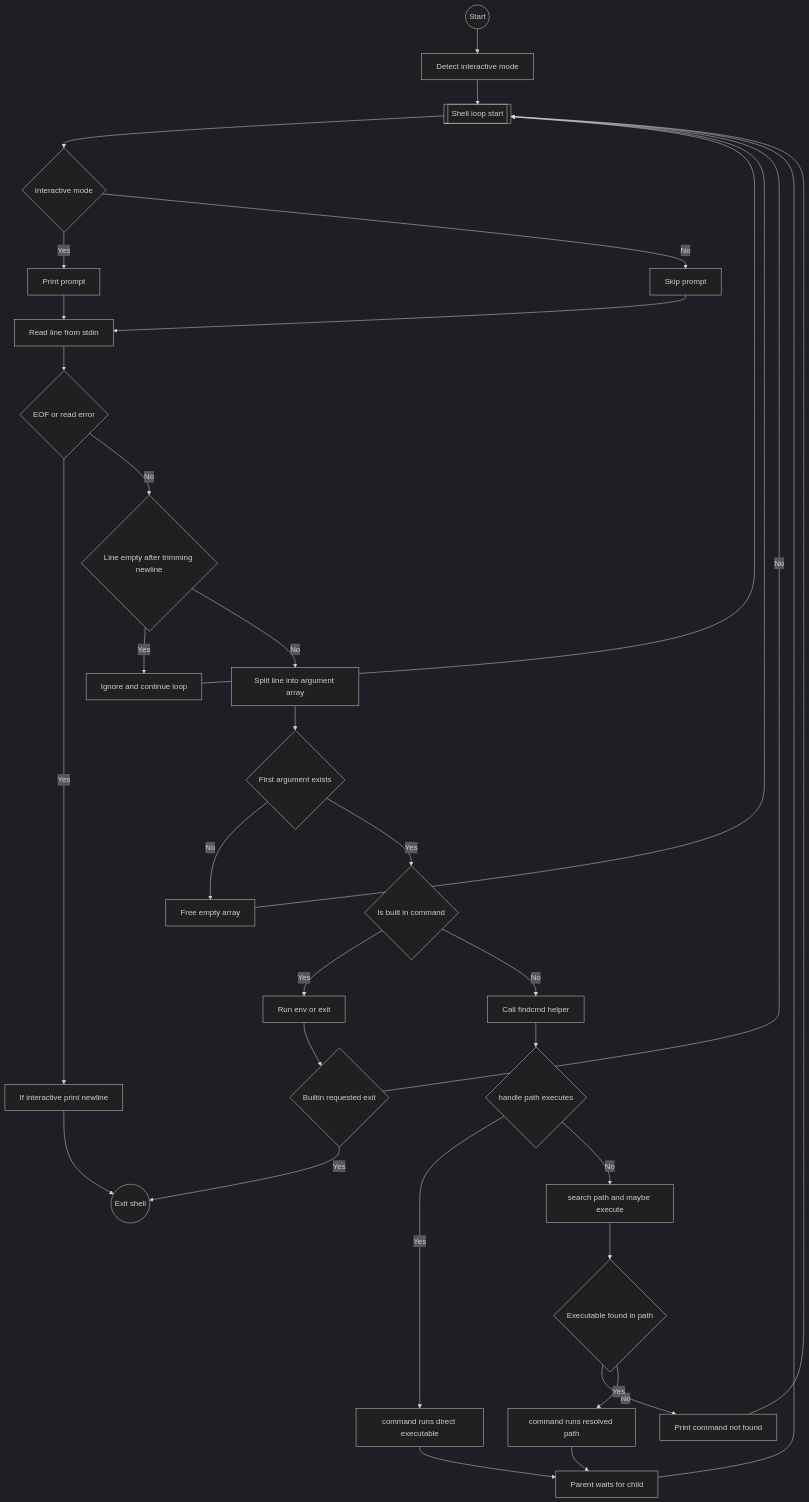
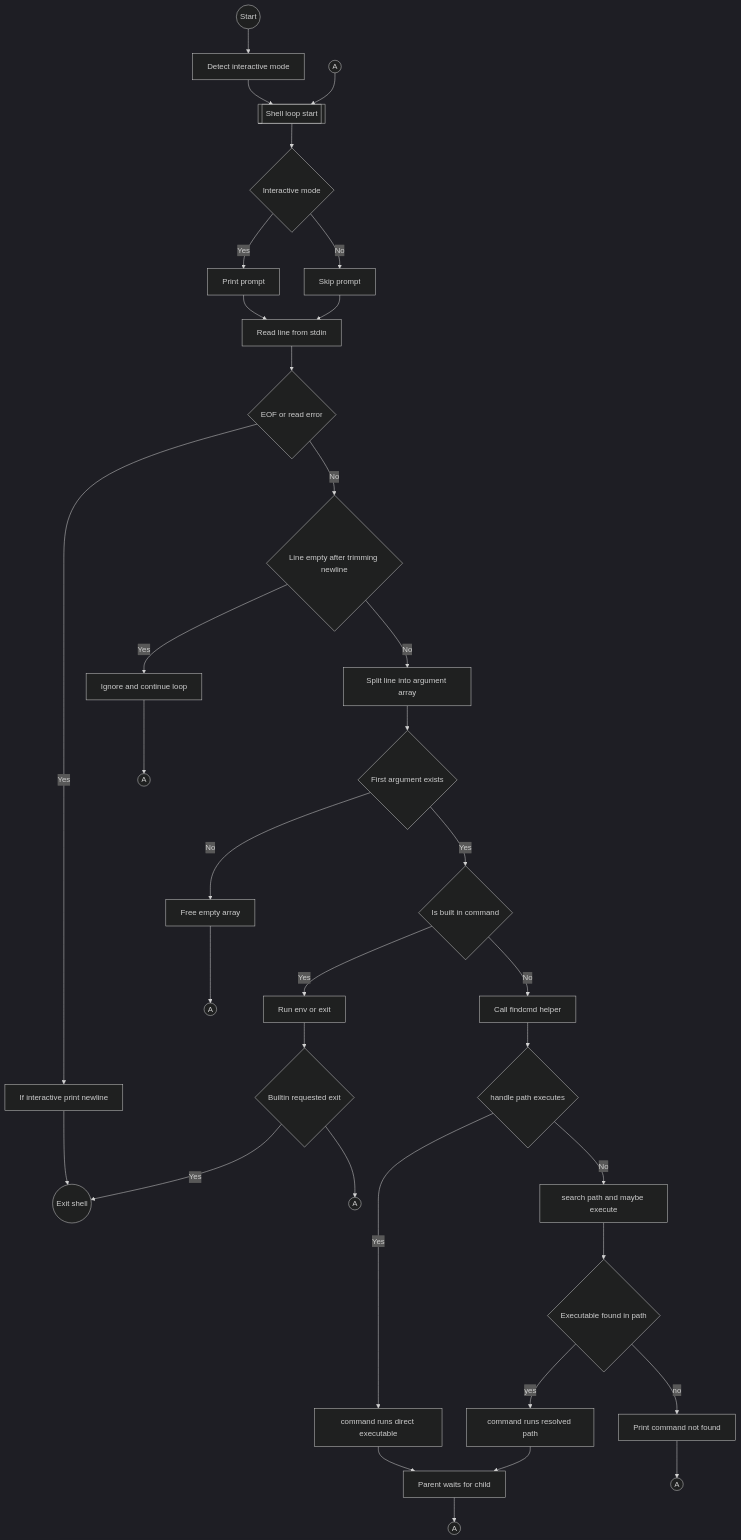
Before and after one commit to Alistair31/holbertonschool-simple_shell: the diagram in README.md, drawn with Mermaid (dark theme).

Commit message:
Revise flowchart for shell control flow
Update flowchart syntax and improve clarity of control flow.

````diff
--- a/README.md
+++ b/README.md
@@ -78,47 +78,37 @@
 ```mermaid
-flowchart TD
-    Start((Start))
-    Start --> CheckTTY[Detect interactive mode]
-    CheckTTY --> LoopStart[[Shell loop start]]
-
-    LoopStart --> PromptCheck{Interactive mode}
-    PromptCheck -- Yes --> ShowPrompt[Print prompt]
-    PromptCheck -- No --> SkipPrompt[Skip prompt]
-
-    ShowPrompt --> ReadLine[Read line from stdin]
+flowchart TB
+    Start(("Start")) --> CheckTTY["Detect interactive mode"]
+    CheckTTY --> LoopStart[["Shell loop start"]]
+    LoopStart --> PromptCheck{"Interactive mode"}
+    PromptCheck -- Yes --> ShowPrompt["Print prompt"]
+    PromptCheck -- No --> SkipPrompt["Skip prompt"]
+    ShowPrompt --> ReadLine["Read line from stdin"]
     SkipPrompt --> ReadLine
-
-    ReadLine --> EOFCheck{EOF or read error}
-    EOFCheck -- Yes --> EOFExit[If interactive print newline]
-    EOFExit --> End((Exit shell))
-
-    EOFCheck -- No --> EmptyLineCheck{Line empty after trimming newline}
-    EmptyLineCheck -- Yes --> IgnoreEmpty[Ignore and continue loop]
-    IgnoreEmpty --> LoopStart
-
-    EmptyLineCheck -- No --> Tokenize[Split line into argument array]
-    Tokenize --> FirstArgCheck{First argument exists}
-    FirstArgCheck -- No --> FreeEmptyArgs[Free empty array]
-    FreeEmptyArgs --> LoopStart
-
-    FirstArgCheck -- Yes --> BuiltinCheck{Is built in command}
-    BuiltinCheck -- Yes --> RunBuiltin[Run env or exit]
-    RunBuiltin --> ExitRequested{Builtin requested exit}
+    ReadLine --> EOFCheck{"EOF or read error"}
+    EOFCheck -- Yes --> EOFExit["If interactive print newline"]
+    EOFExit --> End(("Exit shell"))
+    EOFCheck -- No --> EmptyLineCheck{"Line empty after trimming newline"}
+    EmptyLineCheck -- Yes --> IgnoreEmpty["Ignore and continue loop"]
+    EmptyLineCheck -- No --> Tokenize["Split line into argument array"]
+    Tokenize --> FirstArgCheck{"First argument exists"}
+    FirstArgCheck -- No --> FreeEmptyArgs["Free empty array"]
+    FreeEmptyArgs --> n4(("A"))
+    FirstArgCheck -- Yes --> BuiltinCheck{"Is built in command"}
+    BuiltinCheck -- Yes --> RunBuiltin["Run env or exit"]
+    RunBuiltin --> ExitRequested{"Builtin requested exit"}
     ExitRequested -- Yes --> End
-    ExitRequested -- No --> LoopStart
-
-    BuiltinCheck -- No --> FindCmd[Call findcmd helper]
-    FindCmd --> DirectPathCheck{handle path executes}
-    DirectPathCheck -- Yes --> ExecDirect[command runs direct executable]
-    DirectPathCheck -- No --> SearchPath[search path and maybe execute]
-
-    SearchPath --> PathFound{Executable found in path}
-    PathFound -- No --> PrintNotFound[Print command not found]
-    PrintNotFound --> LoopStart
-
-    PathFound -- Yes --> ExecResolved[command runs resolved path]
-
-    ExecDirect --> WaitChild[Parent waits for child]
-    ExecResolved --> WaitChild
-    WaitChild --> LoopStart
+    BuiltinCheck -- No --> FindCmd["Call findcmd helper"]
+    FindCmd --> DirectPathCheck{"handle path executes"}
+    DirectPathCheck -- Yes --> ExecDirect["command runs direct executable"]
+    DirectPathCheck -- No --> SearchPath["search path and maybe execute"]
+    SearchPath --> PathFound{"Executable found in path"}
+    PathFound -- yes --> PrintNotFound["command runs resolved path"]
+    PathFound -- no --> ExecResolved["Print command not found"]
+    ExecDirect --> WaitChild["Parent waits for child"]
+    ExecResolved --> n5(("A"))
+    WaitChild --> n6(("A"))
+    n1(("A")) --> LoopStart
+    IgnoreEmpty --> n2(("A"))
+    ExitRequested --> n3(("A"))
+    PrintNotFound --> WaitChild
 ```
````
